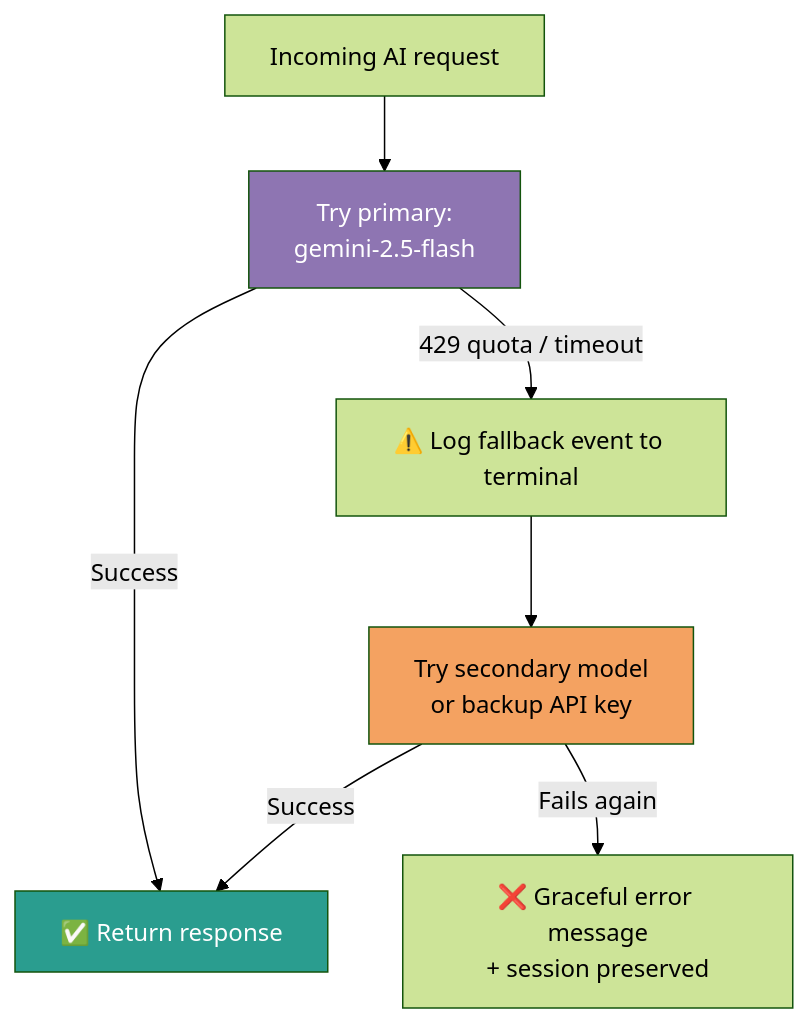
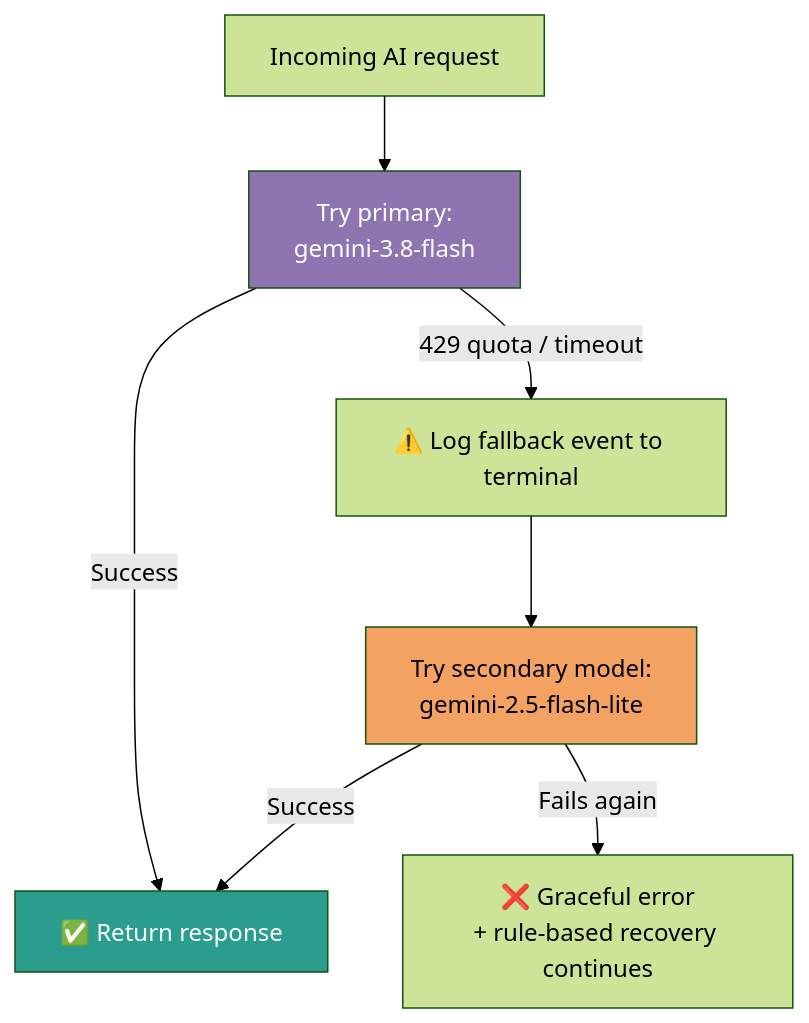
Before and after one commit to vicky-510/A2V-Logistics: the fourth of 5 diagrams in README.md, drawn with Mermaid (forest theme). The commit also changed other lines of this file, not shown here.

First line of the commit message:
Fix README architecture diagrams and reference tables to match the real build

````diff
--- a/README.md
+++ b/README.md
@@ -239,13 +242,13 @@
 ```mermaid
 flowchart TD
-    R["Incoming AI request"] --> P["Try primary:<br/>gemini-2.5-flash"]
+    R["Incoming AI request"] --> P["Try primary:<br/>gemini-3.8-flash"]
     P -->|Success| OK["✅ Return response"]
     P -->|429 quota / timeout| L1["⚠️ Log fallback event to terminal"]
-    L1 --> S["Try secondary model<br/>or backup API key"]
+    L1 --> S["Try secondary model:<br/>gemini-2.5-flash-lite"]
     S -->|Success| OK
-    S -->|Fails again| E["❌ Graceful error message<br/>+ session preserved"]
+    S -->|Fails again| E["❌ Graceful error<br/>+ rule-based recovery continues"]
 
     style P fill:#8E75B2,color:#fff
     style S fill:#f4a261,color:#000
     style OK fill:#2a9d8f,color:#fff
 ```
````
